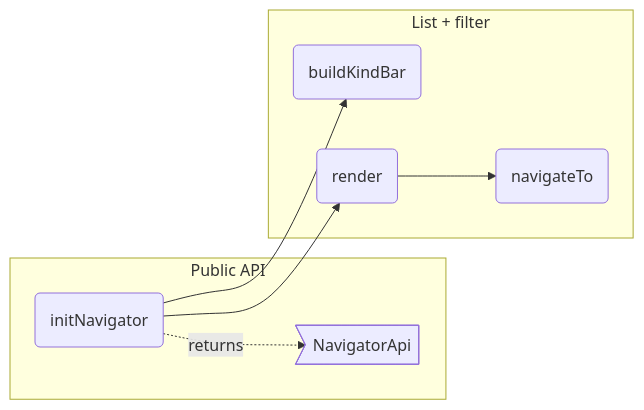
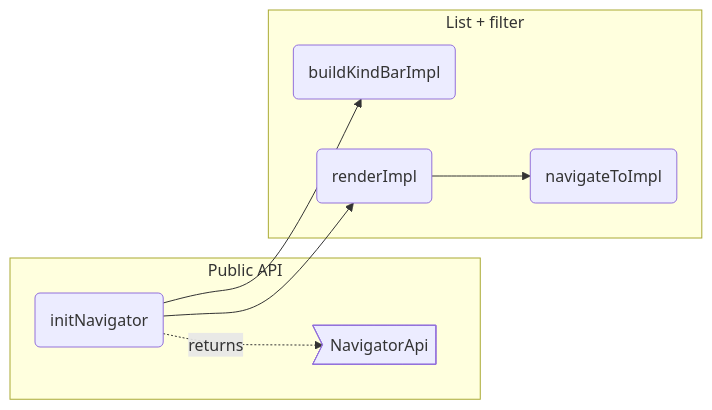
Before and after one commit to novakai-one/novakai: the diagram in src/panel/nav/navigator.novakai.mmd, drawn with Mermaid. The commit also changed 8 other files, not shown here.

```diff
--- a/src/panel/nav/navigator.novakai.mmd
+++ b/src/panel/nav/navigator.novakai.mmd
@@ -1,56 +1,59 @@
 flowchart LR
 %% root navigator
 
 %% src NavigatorApi src/panel/nav/navigator.ts#NavigatorApi
 %% kind NavigatorApi type
 %% fm:meta NavigatorApi name=NavigatorApi
 %% fm:meta NavigatorApi desc=public surface: render
 
 %% src initNavigator src/panel/nav/navigator.ts#initNavigator
 %% kind initNavigator function
 %% fm:meta initNavigator name=initNavigator
 %% fm:meta initNavigator desc=build the searchable node-list panel: search box, kind filter bar, rows; bound to ctx and deps
 %% fm:meta initNavigator i0.name=initNavigator
 %% fm:meta initNavigator i0.accepts=ctx: AppContext
 %% fm:meta initNavigator i0.accepts=deps: { selection: SelectionApi; view: ViewApi; camera: CameraApi }
 %% fm:meta initNavigator i0.returns=NavigatorApi
 
-%% src buildKindBar src/panel/nav/navigator.ts#buildKindBar
-%% kind buildKindBar function
-%% fm:meta buildKindBar name=buildKindBar
-%% fm:meta buildKindBar desc=build the kind filter bar (All plus one button per node kind present in the model)
-%% fm:meta buildKindBar i0.name=buildKindBar
-%% fm:meta buildKindBar i0.returns=void
+%% src buildKindBarImpl src/panel/nav/navigator.ts#buildKindBarImpl
+%% kind buildKindBarImpl function
+%% fm:meta buildKindBarImpl name=buildKindBarImpl
+%% fm:meta buildKindBarImpl desc=build the kind filter bar (All plus one button per node kind present in the model)
+%% fm:meta buildKindBarImpl i0.name=buildKindBarImpl
+%% fm:meta buildKindBarImpl i0.accepts=nav: NavCtx
+%% fm:meta buildKindBarImpl i0.returns=void
 
-%% src renderNav src/panel/nav/navigator.ts#render
+%% src renderNav src/panel/nav/navigator.ts#renderImpl
 %% kind renderNav function
-%% fm:meta renderNav name=render
+%% fm:meta renderNav name=renderImpl
 %% fm:meta renderNav desc=render the node-list rows filtered by active kind and search query, each wired to navigateTo
-%% fm:meta renderNav i0.name=render
+%% fm:meta renderNav i0.name=renderImpl
+%% fm:meta renderNav i0.accepts=nav: NavCtx
 %% fm:meta renderNav i0.returns=void
 
-%% src navigateTo src/panel/nav/navigator.ts#navigateTo
-%% kind navigateTo function
-%% fm:meta navigateTo name=navigateTo
-%% fm:meta navigateTo desc=switch drill level if needed, select the node, and centre the camera on it
-%% fm:meta navigateTo i0.name=navigateTo
-%% fm:meta navigateTo i0.accepts=id: string
-%% fm:meta navigateTo i0.returns=void
+%% src navigateToImpl src/panel/nav/navigator.ts#navigateToImpl
+%% kind navigateToImpl function
+%% fm:meta navigateToImpl name=navigateToImpl
+%% fm:meta navigateToImpl desc=switch drill level if needed, select the node, and centre the camera on it
+%% fm:meta navigateToImpl i0.name=navigateToImpl
+%% fm:meta navigateToImpl i0.accepts=nav: NavCtx
+%% fm:meta navigateToImpl i0.accepts=id: string
+%% fm:meta navigateToImpl i0.returns=void
 
 %% parent n_api navigator
 %% parent n_internal navigator
 
   subgraph n_api ["Public API"]
     initNavigator("initNavigator")
     NavigatorApi>"NavigatorApi"]
   end
   subgraph n_internal ["List + filter"]
-    buildKindBar("buildKindBar")
-    renderNav("render")
-    navigateTo("navigateTo")
+    buildKindBarImpl("buildKindBarImpl")
+    renderNav("renderImpl")
+    navigateToImpl("navigateToImpl")
   end
 
   initNavigator -.->|returns| NavigatorApi
-  initNavigator --> buildKindBar
+  initNavigator --> buildKindBarImpl
   initNavigator --> renderNav
-  renderNav --> navigateTo
+  renderNav --> navigateToImpl
```
